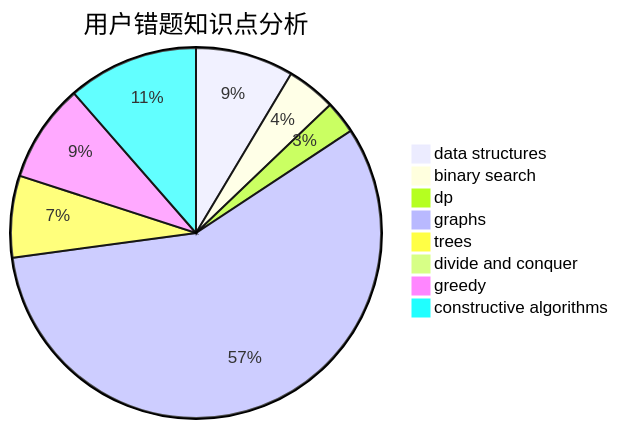
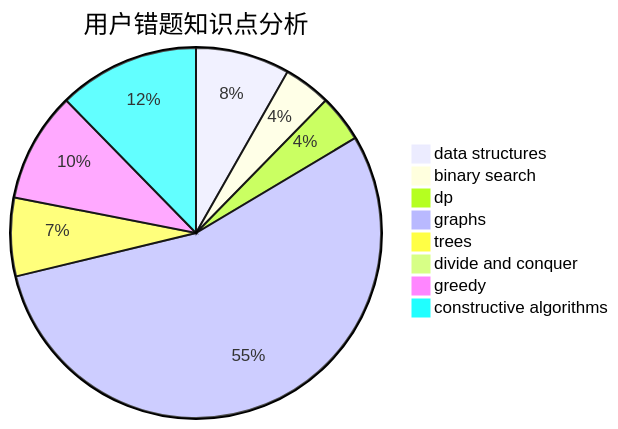
Before and after one commit to sherpahu/cfrs.github.io: the third of 3 diagrams in docs/user/u393.md, drawn with Mermaid. The commit also changed other lines of this file and 2770 other files, not shown here.

````diff
--- a/docs/user/u393.md
+++ b/docs/user/u393.md
@@ -36,11 +36,11 @@
 ```mermaid
 pie title 用户错题知识点分析
     "data structures" :  6
     "binary search" :  3
-    "dp" :  2
+    "dp" :  3
     "graphs" :  40
     "trees" :  5
     "divide and conquer" :  0
-    "greedy" :  6
-    "constructive algorithms" :  8
+    "greedy" :  7
+    "constructive algorithms" :  9
 ```
````
